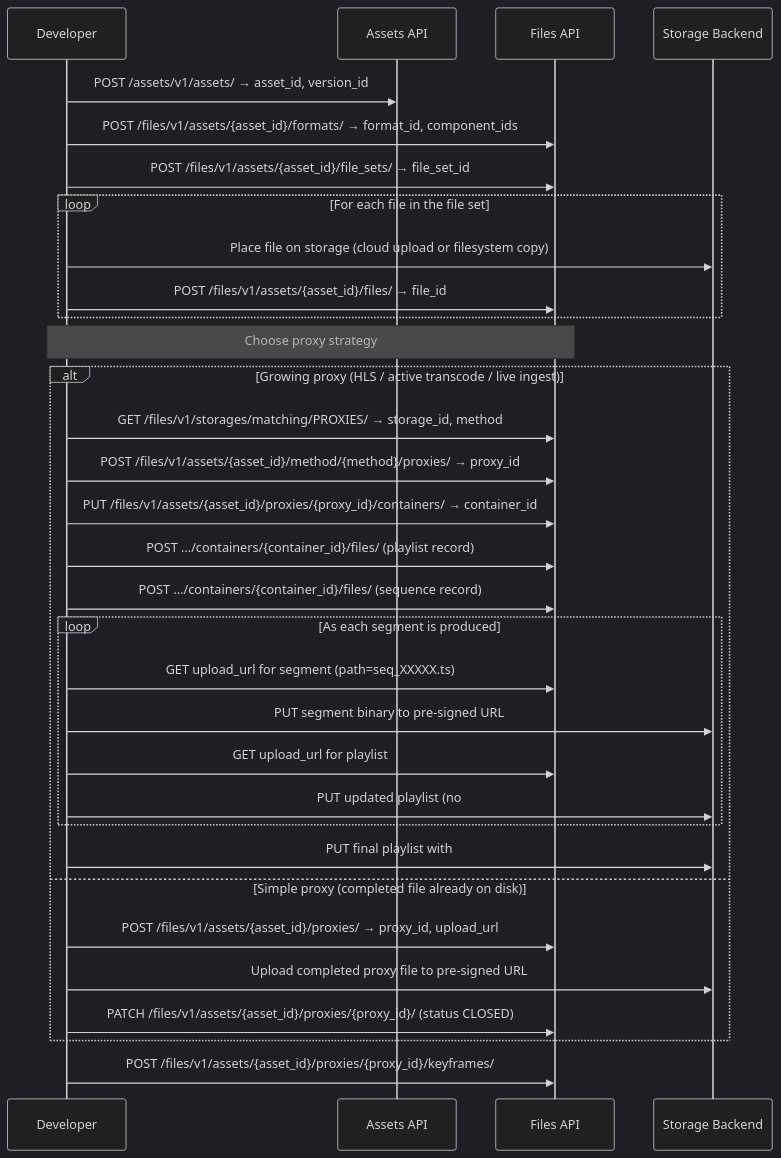
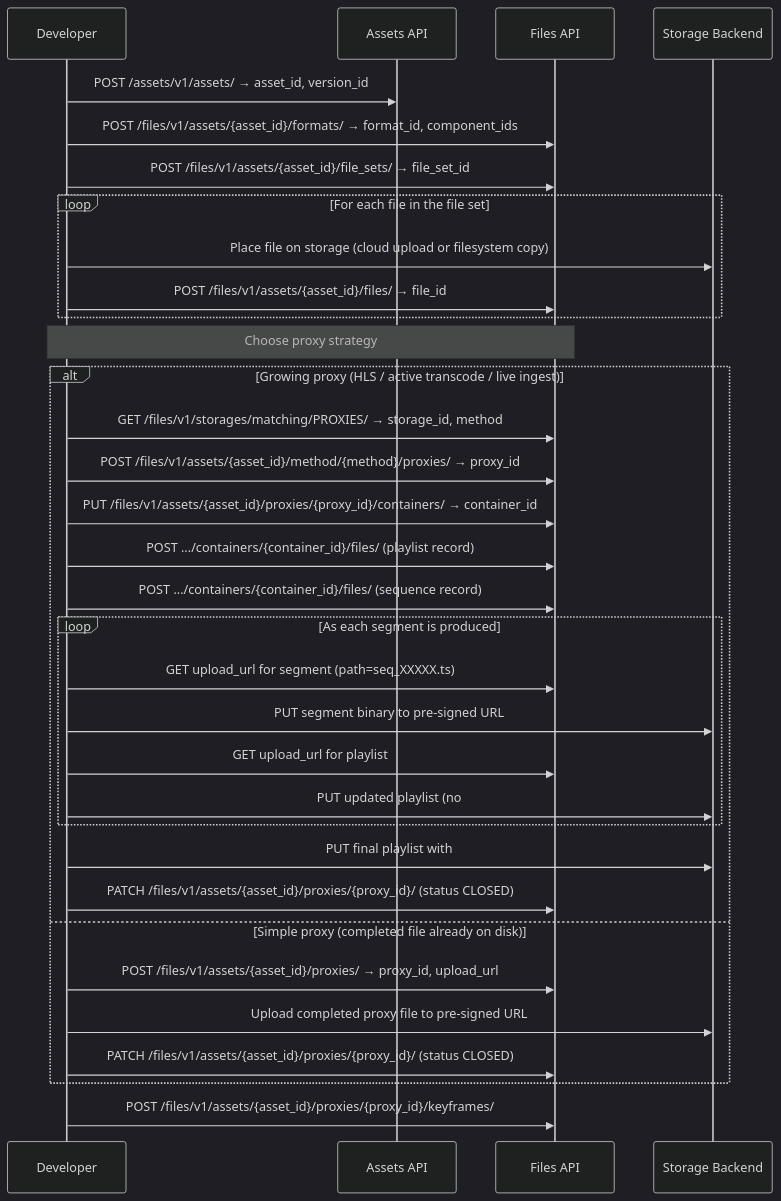
The diagram in Growing File Support/README.md (iconik-io/Tutorials), drawn with Mermaid (dark theme) before and after one commit. The commit also changed other lines of this file and 4 other files, not shown here.

````diff
--- a/Growing File Support/README.md
+++ b/Growing File Support/README.md
@@ -66,35 +66,36 @@
 ```mermaid
 sequenceDiagram
     participant D as Developer
     participant A as Assets API
     participant F as Files API
     participant S as Storage Backend
 
     D->>A: POST /assets/v1/assets/ → asset_id, version_id
     D->>F: POST /files/v1/assets/{asset_id}/formats/ → format_id, component_ids
     D->>F: POST /files/v1/assets/{asset_id}/file_sets/ → file_set_id
     loop For each file in the file set
         D->>S: Place file on storage (cloud upload or filesystem copy)
         D->>F: POST /files/v1/assets/{asset_id}/files/ → file_id
     end
     Note over D,F: Choose proxy strategy
     alt Growing proxy (HLS / active transcode / live ingest)
         D->>F: GET /files/v1/storages/matching/PROXIES/ → storage_id, method
         D->>F: POST /files/v1/assets/{asset_id}/method/{method}/proxies/ → proxy_id
         D->>F: PUT /files/v1/assets/{asset_id}/proxies/{proxy_id}/containers/ → container_id
         D->>F: POST .../containers/{container_id}/files/ (playlist record)
         D->>F: POST .../containers/{container_id}/files/ (sequence record)
         loop As each segment is produced
             D->>F: GET upload_url for segment (path=seq_XXXXX.ts)
             D->>S: PUT segment binary to pre-signed URL
             D->>F: GET upload_url for playlist
             D->>S: PUT updated playlist (no #EXT-X-ENDLIST yet)
         end
         D->>S: PUT final playlist with #EXT-X-ENDLIST
+        D->>F: PATCH /files/v1/assets/{asset_id}/proxies/{proxy_id}/ (status CLOSED)
     else Simple proxy (completed file already on disk)
         D->>F: POST /files/v1/assets/{asset_id}/proxies/ → proxy_id, upload_url
         D->>S: Upload completed proxy file to pre-signed URL
         D->>F: PATCH /files/v1/assets/{asset_id}/proxies/{proxy_id}/ (status CLOSED)
     end
     D->>F: POST /files/v1/assets/{asset_id}/proxies/{proxy_id}/keyframes/
 ```
````
